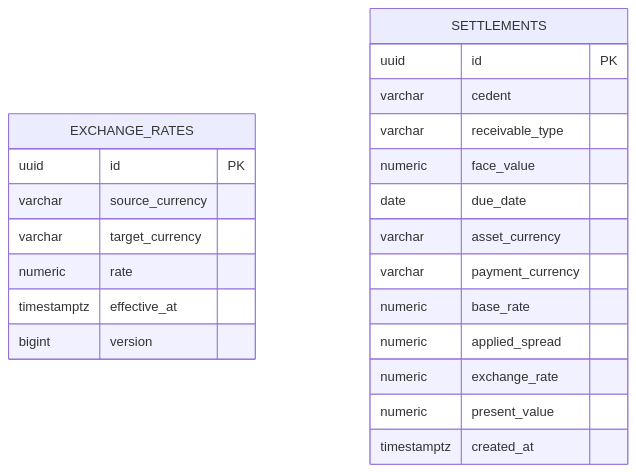
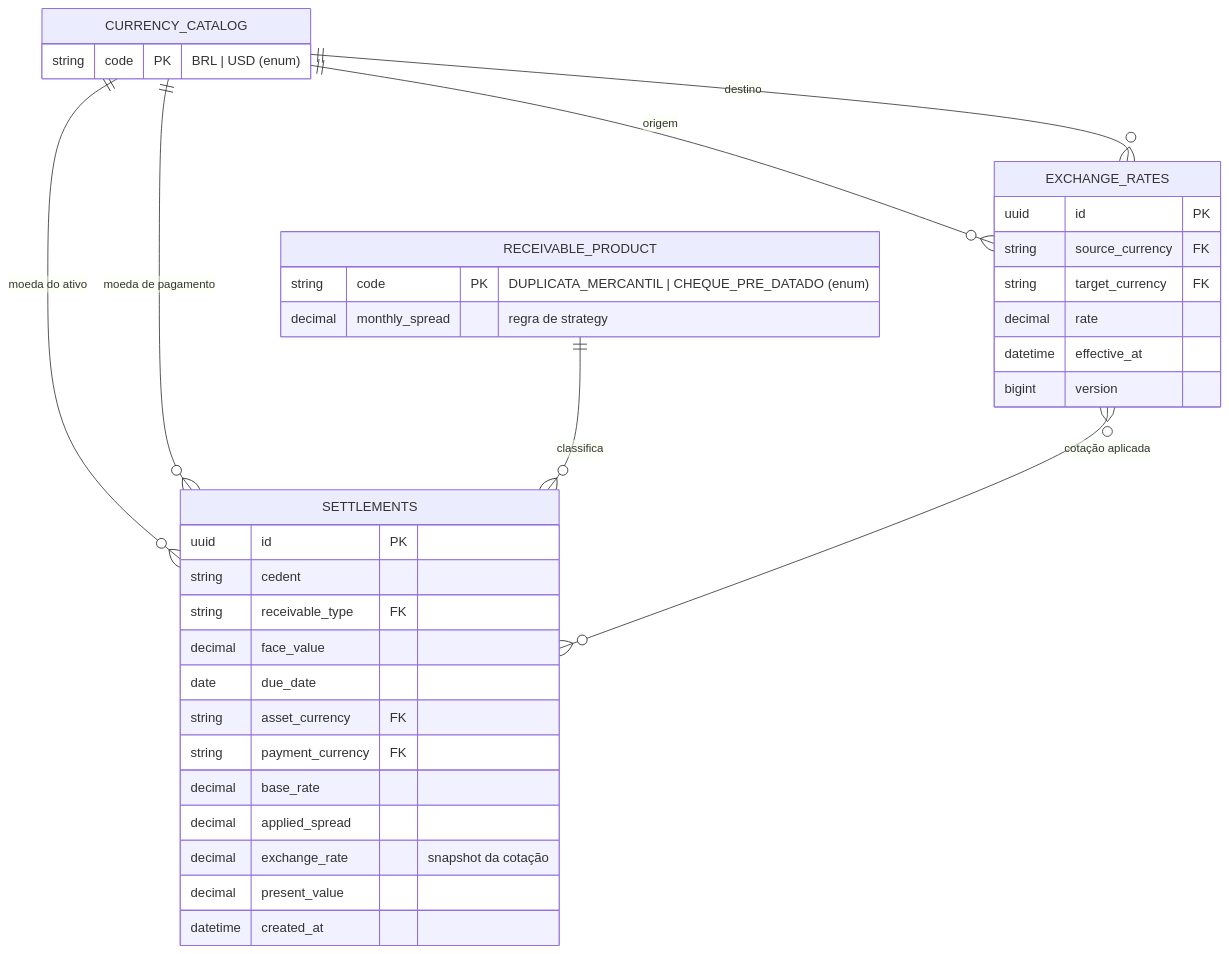
One commit to francklin999/plataforma-cessao-credito-multimoedas changed the diagram in docs/er-diagram.md. Above: the diagram before and after it, drawn with Mermaid. The commit also changed other lines of this file, not shown here.

Commit message:
docs: clarify entity relationships

````diff
--- a/docs/er-diagram.md
+++ b/docs/er-diagram.md
@@ -3,26 +5,42 @@
 ```mermaid
 erDiagram
+    CURRENCY_CATALOG ||--o{ EXCHANGE_RATES : "origem"
+    CURRENCY_CATALOG ||--o{ EXCHANGE_RATES : "destino"
+    CURRENCY_CATALOG ||--o{ SETTLEMENTS : "moeda do ativo"
+    CURRENCY_CATALOG ||--o{ SETTLEMENTS : "moeda de pagamento"
+    RECEIVABLE_PRODUCT ||--o{ SETTLEMENTS : "classifica"
+    EXCHANGE_RATES }o--o{ SETTLEMENTS : "cotação aplicada"
+
+    CURRENCY_CATALOG {
+        string code PK "BRL | USD (enum)"
+    }
+
+    RECEIVABLE_PRODUCT {
+        string code PK "DUPLICATA_MERCANTIL | CHEQUE_PRE_DATADO (enum)"
+        decimal monthly_spread "regra de strategy"
+    }
+
     EXCHANGE_RATES {
         uuid id PK
-        varchar source_currency
-        varchar target_currency
-        numeric rate
-        timestamptz effective_at
+        string source_currency FK
+        string target_currency FK
+        decimal rate
+        datetime effective_at
         bigint version
     }
 
     SETTLEMENTS {
         uuid id PK
-        varchar cedent
-        varchar receivable_type
-        numeric face_value
+        string cedent
+        string receivable_type FK
+        decimal face_value
         date due_date
-        varchar asset_currency
-        varchar payment_currency
-        numeric base_rate
-        numeric applied_spread
-        numeric exchange_rate
-        numeric present_value
-        timestamptz created_at
+        string asset_currency FK
+        string payment_currency FK
+        decimal base_rate
+        decimal applied_spread
+        decimal exchange_rate "snapshot da cotação"
+        decimal present_value
+        datetime created_at
     }
 ```
````
